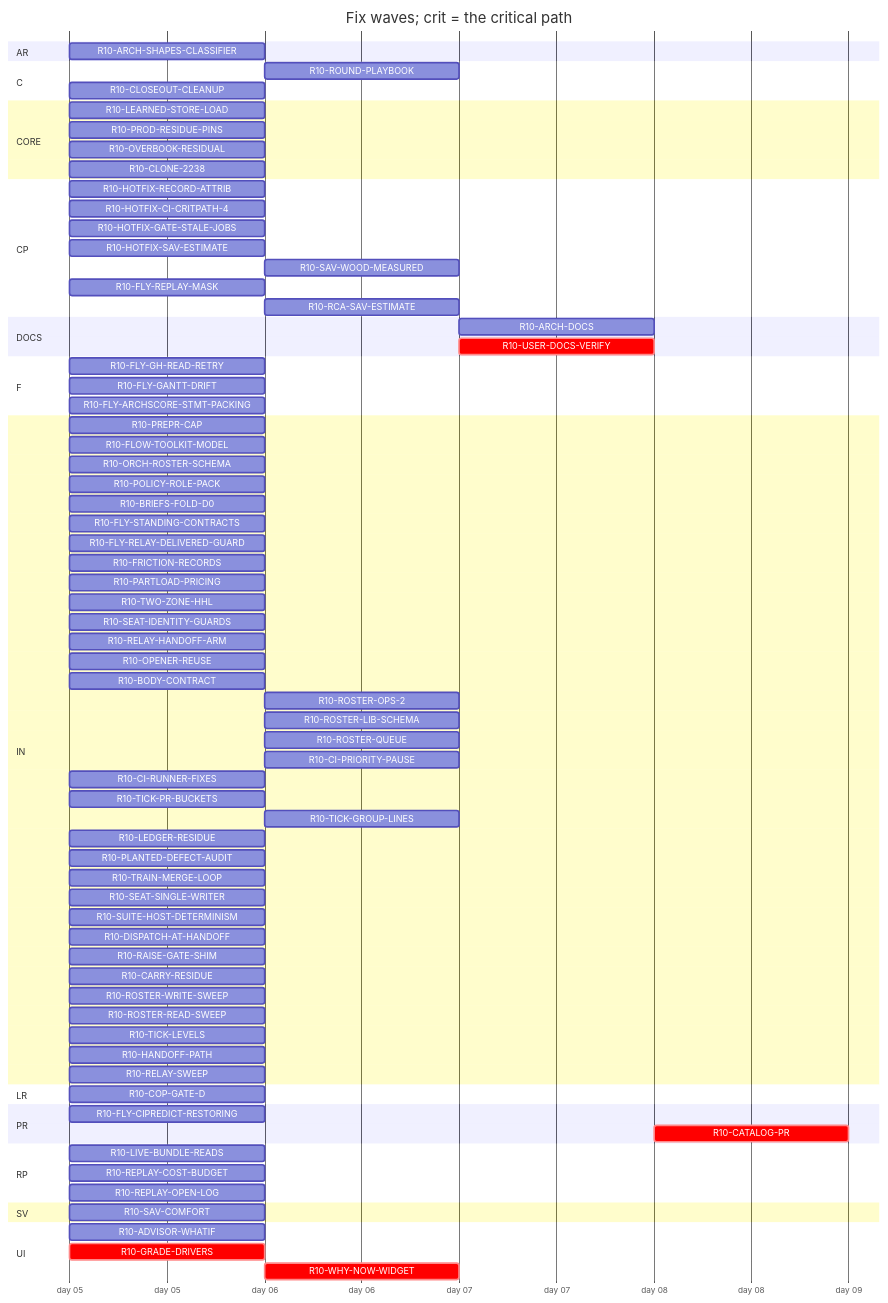
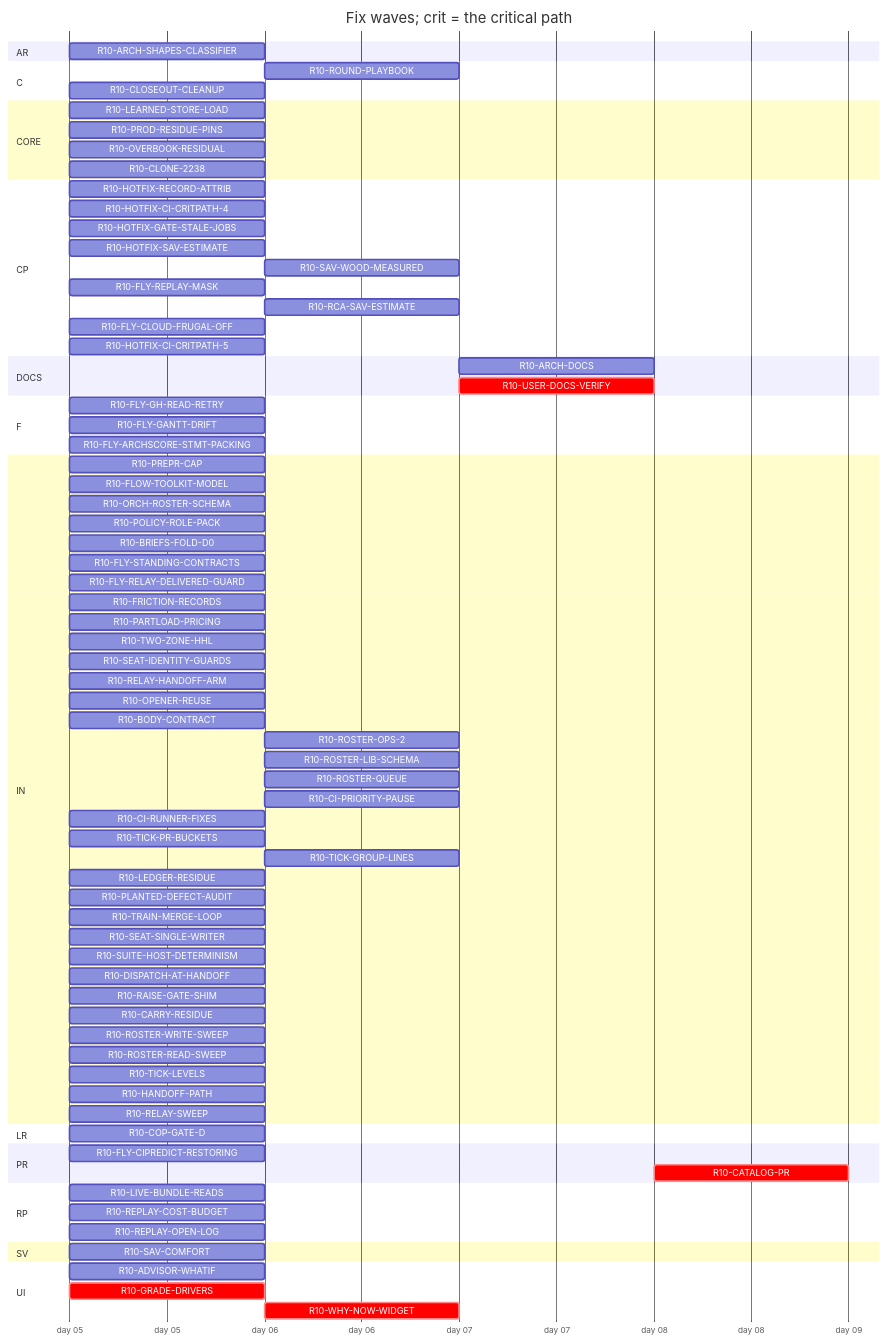
The diagram in handoff/round10/state/PLAN-TABLE.md (tvofi/heatpump_optimizer), drawn with Mermaid before and after one commit. The commit also changed other lines of this file and 4 other files, not shown here.

Commit message:
state: FLOW-BOARD.md, NEXT-SESSION-PROMPT.md, PLAN-TABLE.md, PLAN.html, RESUME-CURRENT.md regenerated (state_docs.py)

```diff
--- a/handoff/round10/state/PLAN-TABLE.md
+++ b/handoff/round10/state/PLAN-TABLE.md
@@ -45,6 +45,8 @@
     R10-SAV-WOOD-MEASURED :r10SAVWOODMEASURED, after r10HOTFIXSAVESTIMATE, 1d
     R10-FLY-REPLAY-MASK :r10FLYREPLAYMASK, 2026-01-05, 1d
     R10-RCA-SAV-ESTIMATE :r10RCASAVESTIMATE, after r10HOTFIXSAVESTIMATE, 1d
+    R10-FLY-CLOUD-FRUGAL-OFF :r10FLYCLOUDFRUGALOFF, 2026-01-05, 1d
+    R10-HOTFIX-CI-CRITPATH-5 :r10HOTFIXCICRITPATH5, 2026-01-05, 1d
   section DOCS
     R10-ARCH-DOCS :r10ARCHDOCS, after r10CARRYRESIDUE r10OVERBOOKRESIDUAL r10CLONE2238 r10SAVCOMFORT r10COPGATED r10GRADEDRIVERS r10WHYNOWWIDGET r10PARTLOADPRICING r10TWOZONEHHL r10ARCHSHAPESCLASSIFIER r10ADVISORWHATIF r10LEARNEDSTORELOAD r10PRODRESIDUEPINS r10LIVEBUNDLEREADS r10REPLAYCOSTBUDGET r10REPLAYOPENLOG r10PREPRCAP r10HANDOFFPATH r10RELAYSWEEP r10TRAINMERGELOOP r10DISPATCHATHANDOFF r10BODYCONTRACT r10TICKLEVELS r10CIPRIORITYPAUSE r10ROSTERWRITESWEEP r10ROSTERREADSWEEP r10FLYSTANDINGCONTRACTS r10POLICYROLEPACK r10FRICTIONRECORDS r10FLOWTOOLKITMODEL r10SEATIDENTITYGUARDS r10LEDGERRESIDUE r10CIRUNNERFIXES r10FLYCIPREDICTRESTORING r10RAISEGATESHIM r10PLANTEDDEFECTAUDIT r10FLYGHREADRETRY r10SUITEHOSTDETERMINISM, 1d
     R10-USER-DOCS-VERIFY :crit, r10USERDOCSVERIFY, after r10CARRYRESIDUE r10OVERBOOKRESIDUAL r10CLONE2238 r10SAVCOMFORT r10COPGATED r10GRADEDRIVERS r10WHYNOWWIDGET r10PARTLOADPRICING r10TWOZONEHHL r10ARCHSHAPESCLASSIFIER r10ADVISORWHATIF r10LEARNEDSTORELOAD r10PRODRESIDUEPINS r10LIVEBUNDLEREADS r10REPLAYCOSTBUDGET r10REPLAYOPENLOG, 1d
```
